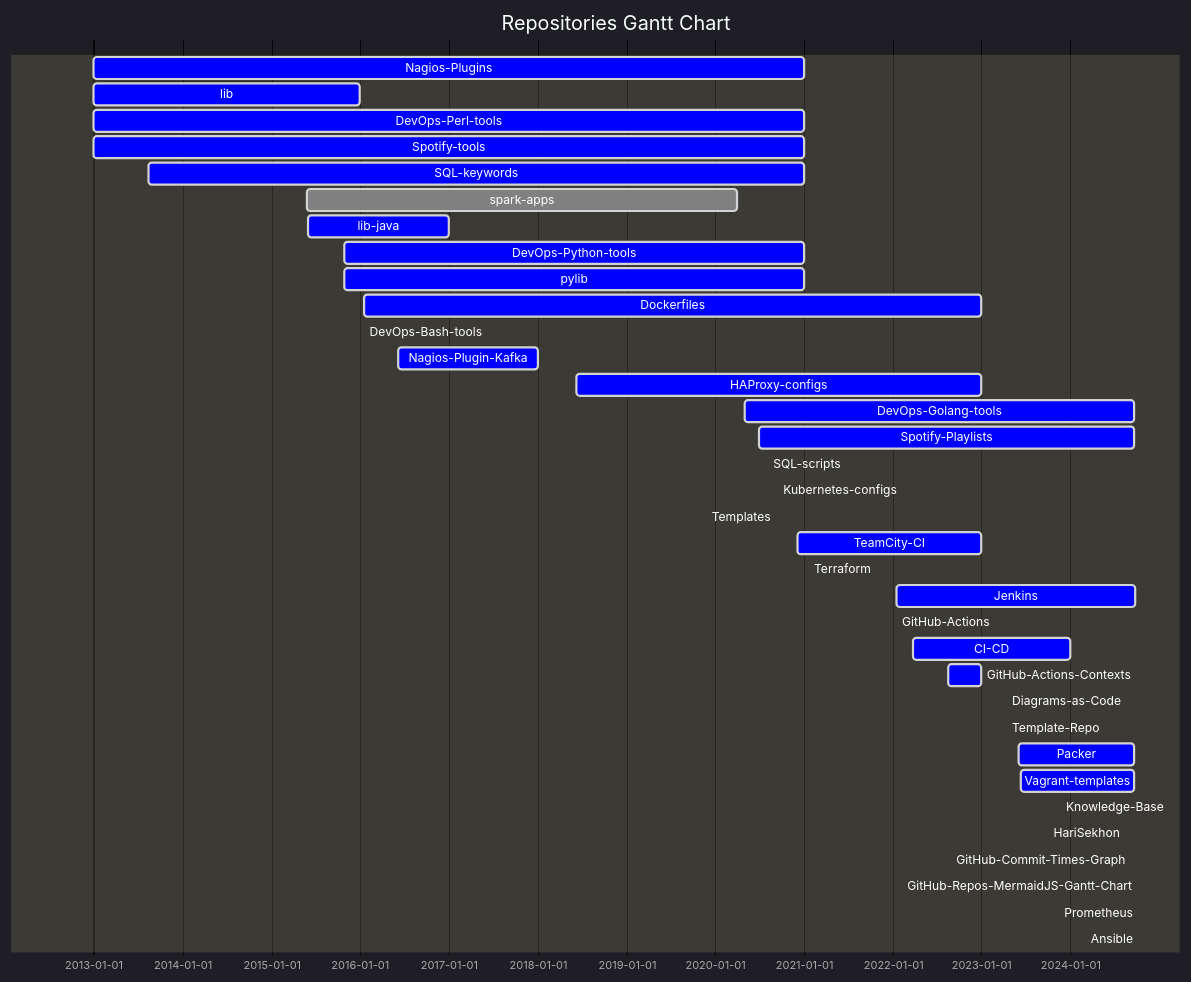
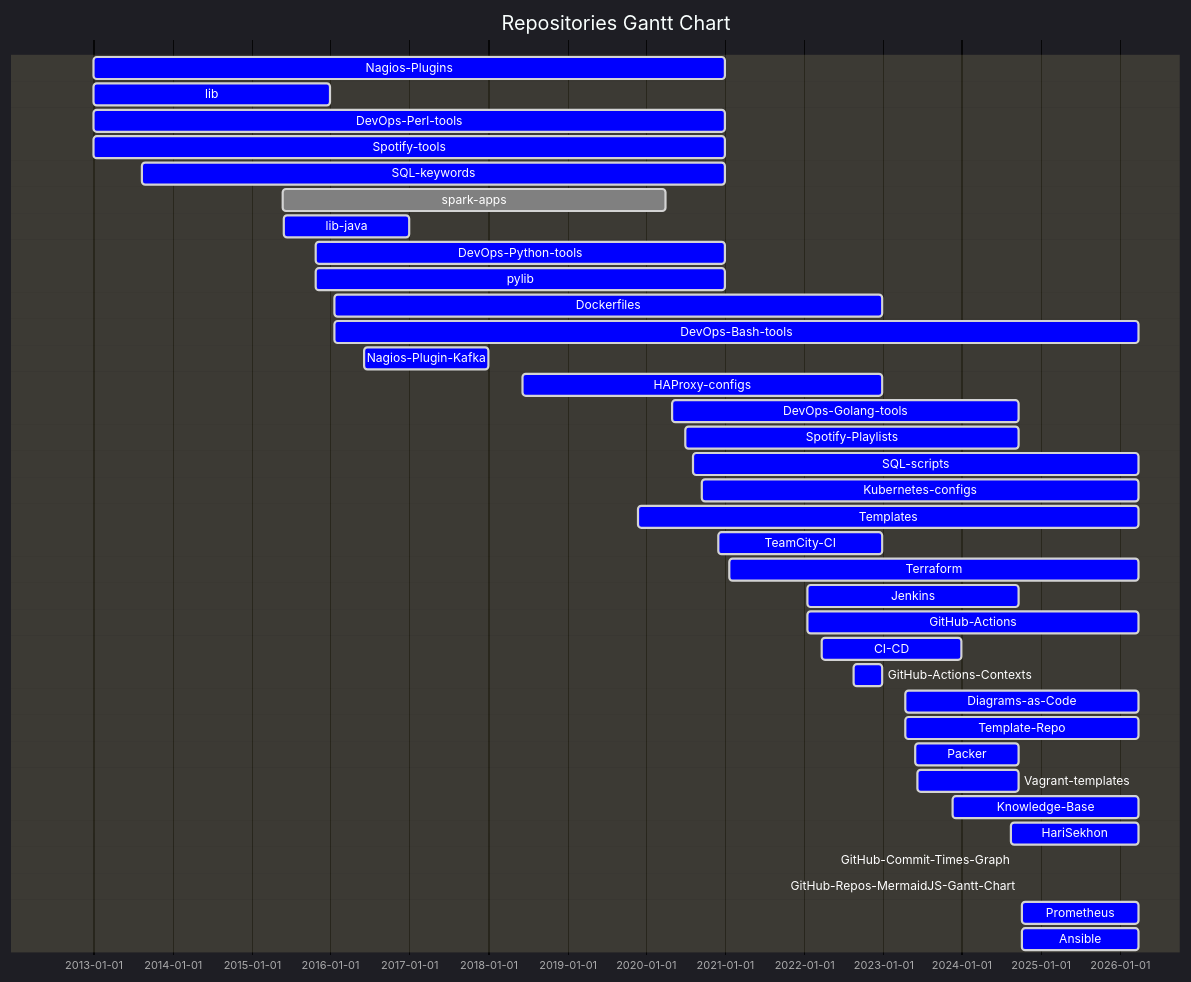
Before and after one commit to HariSekhon/HariSekhon: the first of 2 diagrams in README.md, drawn with Mermaid. The commit also changed other lines of this file, not shown here.

````diff
--- a/README.md
+++ b/README.md
@@ -1268,58 +1268,58 @@
 ```mermaid
 %%{ init: {
         "topAxis": true,
         "logLevel": "debug",
         'theme': 'dark',
         'themeVariables': {
           'activeTaskBkgColor': '#0000ff',
           'activeTaskBorderColor': 'lightgrey',
           'critBorderColor': 'lightgrey',
           'doneTaskBkgColor': 'grey',
           'doneTaskBorderColor': 'lightgrey',
           'taskBkgColor': 'black',
           'taskBorderColor': 'black',
           'taskTextColor': 'white',
           'taskTextDarkColor': 'white',
           'taskTextLightColor': 'black',
           'todayLineColor': 'red'
         }
     }
 }%%
 gantt
     dateFormat  YYYY-MM-DD
     title Repositories Gantt Chart
     Nagios-Plugins : active, 2012-12-30, 2020-12-31
     lib : active, 2012-12-30, 2015-12-31
     DevOps-Perl-tools : active, 2012-12-30, 2020-12-31
     Spotify-tools : active, 2012-12-30, 2020-12-31
     SQL-keywords : active, 2013-08-13, 2020-12-31
     spark-apps : done, 2015-05-25, 2020-04-02
     lib-java : active, 2015-05-31, 2016-12-31
     DevOps-Python-tools : active, 2015-10-27, 2020-12-31
     pylib : active, 2015-10-27, 2020-12-31
     Dockerfiles : active, 2016-01-17, 2022-12-31
-    DevOps-Bash-tools : active, 2016-01-17, 2026-02-30
+    DevOps-Bash-tools : active, 2016-01-17, 2026-03-30
     Nagios-Plugin-Kafka : active, 2016-06-07, 2017-12-31
     HAProxy-configs : active, 2018-06-08, 2022-12-31
     DevOps-Golang-tools : active, 2020-04-30, 2024-09-22
     Spotify-Playlists : active, 2020-06-29, 2024-09-22
-    SQL-scripts : active, 2020-08-05, 2026-02-30
-    Kubernetes-configs : active, 2020-09-16, 2026-02-30
-    Templates : active, 2019-11-25, 2026-02-30
+    SQL-scripts : active, 2020-08-05, 2026-03-30
+    Kubernetes-configs : active, 2020-09-16, 2026-03-30
+    Templates : active, 2019-11-25, 2026-03-30
     TeamCity-CI : active, 2020-12-03, 2022-12-31
-    Terraform : active, 2021-01-18, 2026-02-30
+    Terraform : active, 2021-01-18, 2026-03-30
     Jenkins : active, 2022-01-17, 2024-09-23
-    GitHub-Actions : active, 2022-01-17, 2026-02-30
+    GitHub-Actions : active, 2022-01-17, 2026-03-30
     CI-CD : active, 2022-03-25, 2023-12-31
     GitHub-Actions-Contexts : active, 2022-08-17, 2022-12-31
-    Diagrams-as-Code : active, 2023-04-14, 2026-02-30
-    Template-Repo : active, 2023-04-15, 2026-02-30
+    Diagrams-as-Code : active, 2023-04-14, 2026-03-30
+    Template-Repo : active, 2023-04-15, 2026-03-30
     Packer : active, 2023-06-02, 2024-09-21
     Vagrant-templates : active, 2023-06-12, 2024-09-21
-    Knowledge-Base : active, 2023-11-22, 2026-02-30
-    HariSekhon : active, 2024-08-14, 2026-02-30
+    Knowledge-Base : active, 2023-11-22, 2026-03-30
+    HariSekhon : active, 2024-08-14, 2026-03-30
     GitHub-Commit-Times-Graph : active, 2024-09-07, 2024-09-08
     GitHub-Repos-MermaidJS-Gantt-Chart : active, 2024-10-02, 2024-10-03
-    Prometheus : active, 2024-10-08, 2026-02-30
-    Ansible : active, 2024-10-08, 2026-02-30
+    Prometheus : active, 2024-10-08, 2026-03-30
+    Ansible : active, 2024-10-08, 2026-03-30
 ```
````
